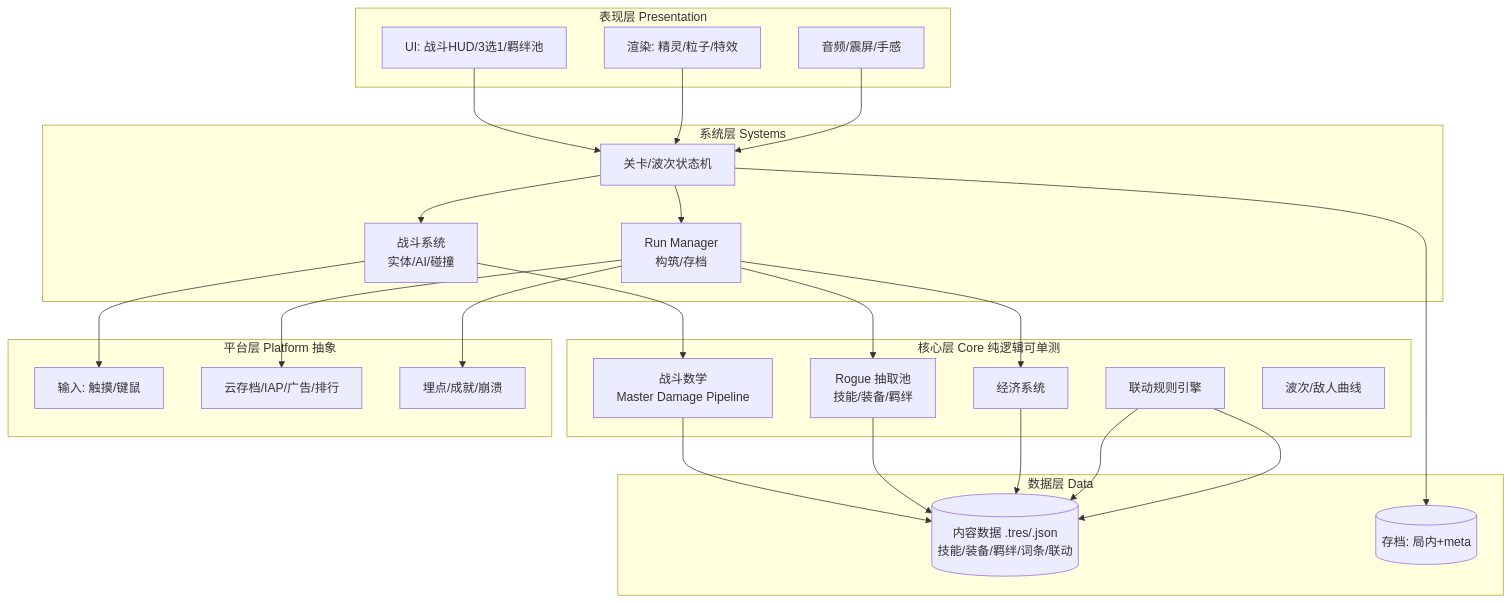
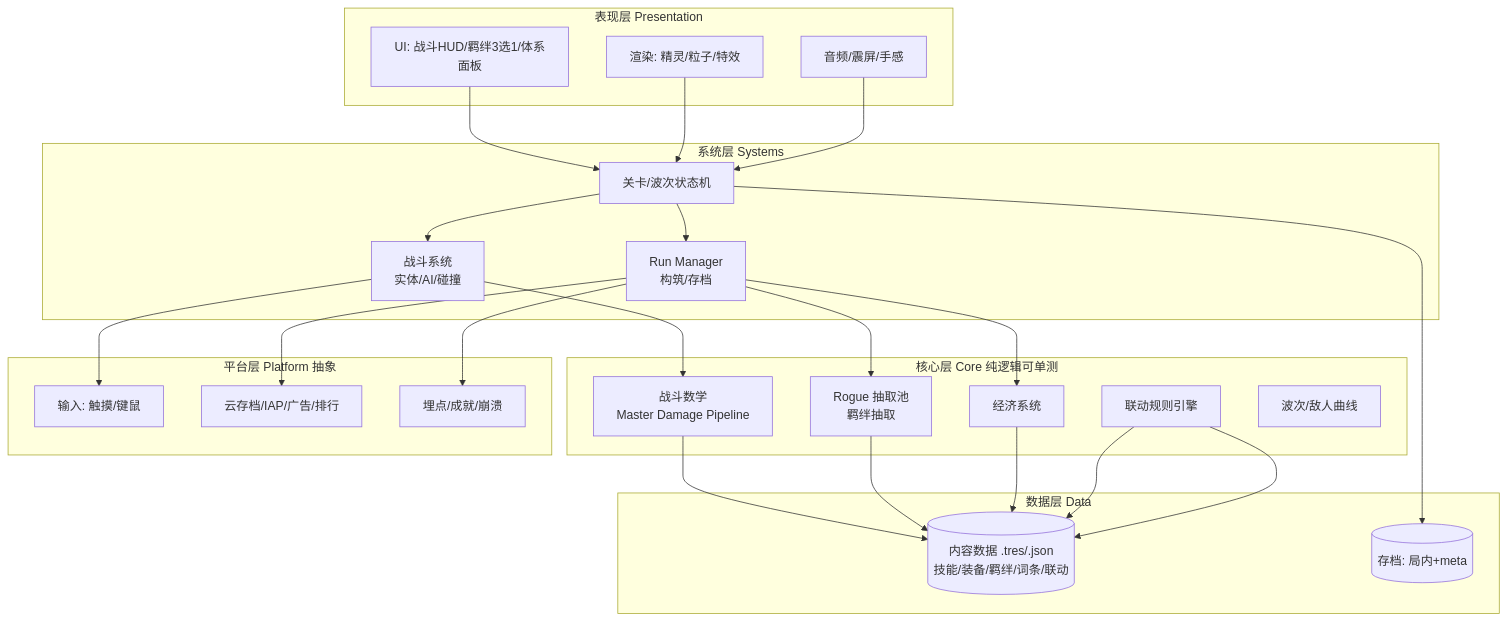
Before and after one commit to cbl315/roguelike-td: the diagram in docs/TECHNICAL_ARCHITECTURE.md, drawn with Mermaid. The commit also changed other lines of this file and 51 other files, not shown here.

````diff
--- a/docs/TECHNICAL_ARCHITECTURE.md
+++ b/docs/TECHNICAL_ARCHITECTURE.md
@@ -39,38 +39,38 @@
 ```mermaid
 flowchart TB
     subgraph 表现层 Presentation
-        UI[UI: 战斗HUD/3选1/羁绊池] 
+        UI[UI: 战斗HUD/羁绊3选1/体系面板]
         R[渲染: 精灵/粒子/特效]
         A[音频/震屏/手感]
     end
     subgraph 系统层 Systems
         SM[关卡/波次状态机]
         CB[战斗系统<br/>实体/AI/碰撞]
         RM[Run Manager<br/>构筑/存档]
     end
     subgraph 核心层 Core 纯逻辑可单测
         CM[战斗数学<br/>Master Damage Pipeline]
         EC[经济系统]
-        RG[Rogue 抽取池<br/>技能/装备/羁绊]
+        RG[Rogue 抽取池<br/>羁绊抽取]
         SY[联动规则引擎]
         WV[波次/敌人曲线]
     end
     subgraph 数据层 Data
         D[(内容数据 .tres/.json<br/>技能/装备/羁绊/词条/联动)]
         SV[(存档: 局内+meta)]
     end
     subgraph 平台层 Platform 抽象
         IN[输入: 触摸/键鼠]
         CS[云存档/IAP/广告/排行]
         AN[埋点/成就/崩溃]
     end
     UI & R & A --> SM
     SM --> CB --> CM
     SM --> RM --> RG & EC
     CM & RG & EC & SY --> D
     SY --> D
     SM --> SV
     CB --> IN
     RM --> CS
     RM --> AN
 ```
````
